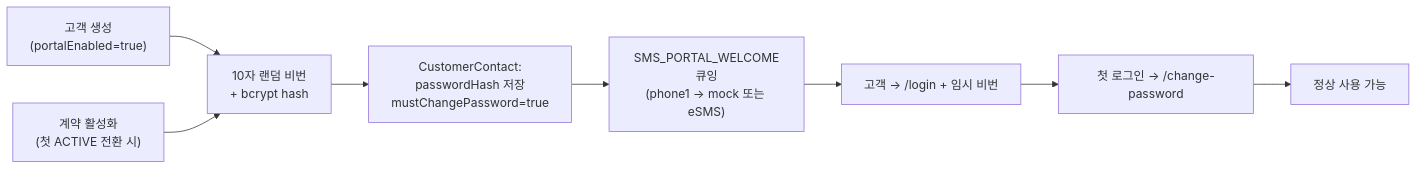
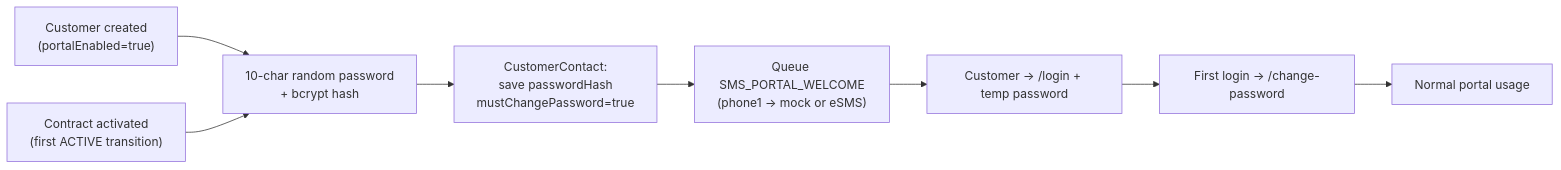
One commit to JoJakeTaemoon/jakes-home-appliances-soms changed the eighth of 43 diagrams in docs/USER_WORKFLOWS.md. Above: the diagram before and after it, drawn with Mermaid. The commit also changed other lines of this file and 1 other file, not shown here.

First line of the commit message:
docs(workflows): add per-Part summary diagrams to HOW_TO_USE.md + translate USER_WORKFLOWS.md to English

````diff
--- a/docs/USER_WORKFLOWS.md
+++ b/docs/USER_WORKFLOWS.md
@@ -281,15 +281,15 @@
 ```mermaid
 flowchart LR
-  Trigger1["고객 생성<br/>(portalEnabled=true)"]
-  Trigger2["계약 활성화<br/>(첫 ACTIVE 전환 시)"]
-  GenPwd["10자 랜덤 비번<br/>+ bcrypt hash"]
-  SaveDB["CustomerContact:<br/>passwordHash 저장<br/>mustChangePassword=true"]
-  QueueSMS["SMS_PORTAL_WELCOME<br/>큐잉<br/>(phone1 → mock 또는 eSMS)"]
-  Login["고객 → /login + 임시 비번"]
-  ForceCP["첫 로그인 → /change-password"]
-  Done["정상 사용 가능"]
+  Trigger1["Customer created<br/>(portalEnabled=true)"]
+  Trigger2["Contract activated<br/>(first ACTIVE transition)"]
+  GenPwd["10-char random password<br/>+ bcrypt hash"]
+  SaveDB["CustomerContact:<br/>save passwordHash<br/>mustChangePassword=true"]
+  QueueSMS["Queue SMS_PORTAL_WELCOME<br/>(phone1 → mock or eSMS)"]
+  Login["Customer → /login + temp password"]
+  ForceCP["First login → /change-password"]
+  Done["Normal portal usage"]
 
   Trigger1 --> GenPwd
   Trigger2 --> GenPwd
   GenPwd --> SaveDB --> QueueSMS --> Login --> ForceCP --> Done
 ```
````
